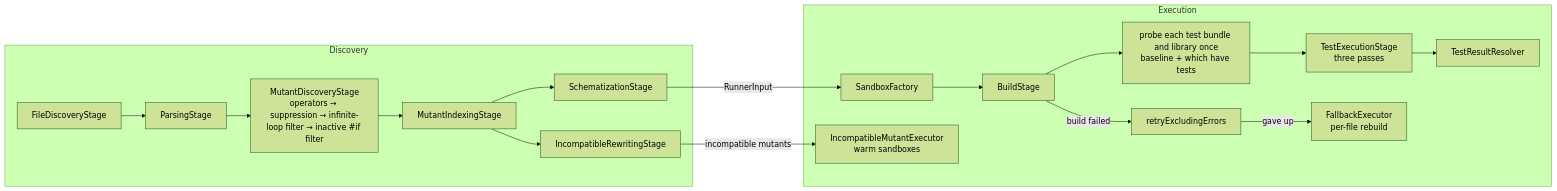
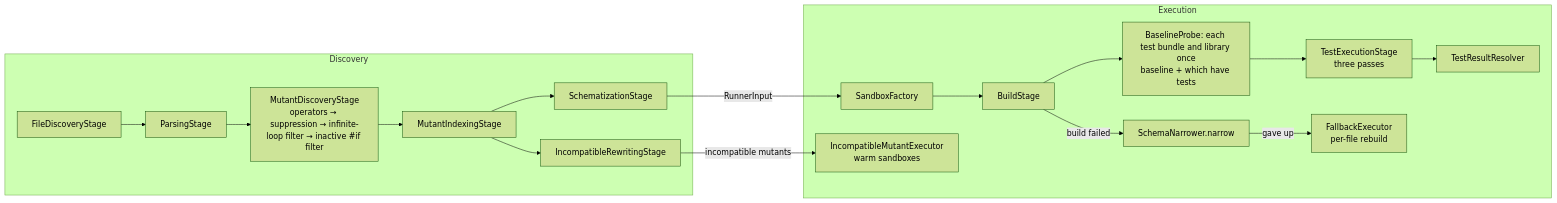
The third of 3 diagrams in Docs/Architecture/01-overview.md (C24-Bank/swift-mutation-testing), drawn with Mermaid (forest theme) before and after one commit. The commit also changed other lines of this file and 5 other files, not shown here.

Commit message:
docs: update the architecture notes for commands, exclusions, operators, recorder and tool requests

````diff
--- a/Docs/Architecture/01-overview.md
+++ b/Docs/Architecture/01-overview.md
@@ -89,21 +89,21 @@
 ```mermaid
 flowchart LR
     subgraph Discovery
         FD[FileDiscoveryStage] --> PS[ParsingStage]
         PS --> MD["MutantDiscoveryStage\noperators → suppression → infinite-loop filter → inactive #if filter"]
         MD --> MI[MutantIndexingStage]
         MI --> SS[SchematizationStage]
         MI --> IRS[IncompatibleRewritingStage]
     end
     subgraph Execution
         SF[SandboxFactory] --> BS[BuildStage]
-        BS --> PROBE["probe each test bundle and library once\nbaseline + which have tests"]
+        BS --> PROBE["BaselineProbe: each test bundle and library once\nbaseline + which have tests"]
         PROBE --> TES["TestExecutionStage\nthree passes"]
-        BS -- build failed --> RETRY[retryExcludingErrors]
+        BS -- build failed --> RETRY[SchemaNarrower.narrow]
         RETRY -- gave up --> FBP[FallbackExecutor\nper-file rebuild]
         TES --> TR[TestResultResolver]
         IME["IncompatibleMutantExecutor\nwarm sandboxes"]
     end
     SS -- RunnerInput --> SF
     IRS -- incompatible mutants --> IME
 ```
````
